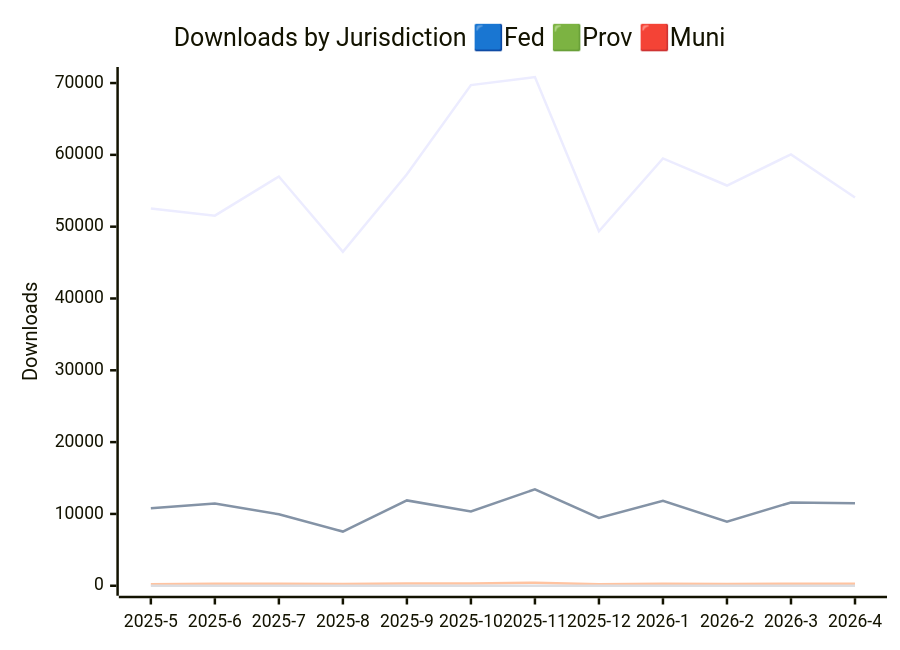
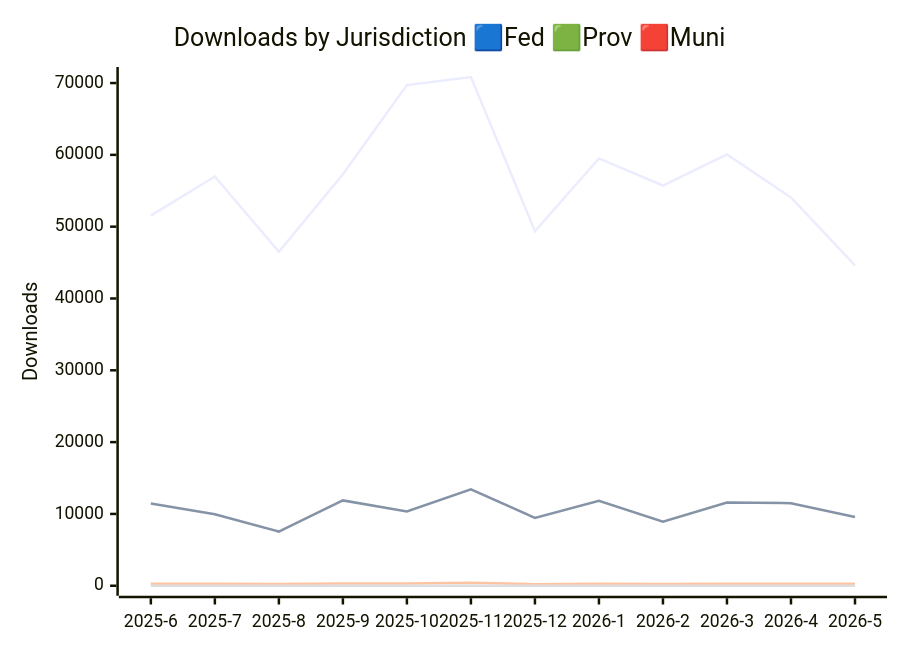
One commit to PatLittle/analytics-corporate-reporting changed the first of 3 diagrams in JURISDICTION_ANALYTICS_REPORT/readme.md. Above: the diagram before and after it, drawn with Mermaid. The commit also changed other lines of this file and 3 other files, not shown here.

````diff
--- a/JURISDICTION_ANALYTICS_REPORT/readme.md
+++ b/JURISDICTION_ANALYTICS_REPORT/readme.md
@@ -14,11 +14,11 @@
 ```mermaid
 
 xychart-beta
     title "Downloads by Jurisdiction 🟦Fed 🟩Prov 🟥Muni"
-    x-axis [2025-5, 2025-6, 2025-7, 2025-8, 2025-9, 2025-10, 2025-11, 2025-12, 2026-1, 2026-2, 2026-3, 2026-4]
+    x-axis [2025-6, 2025-7, 2025-8, 2025-9, 2025-10, 2025-11, 2025-12, 2026-1, 2026-2, 2026-3, 2026-4, 2026-5]
     y-axis "Downloads" 0 --> 70841
-    line [52532, 51532, 56986, 46503, 57308, 69709, 70831, 49367, 59503, 55732, 60071, 54074]
-    line [10797, 11453, 9961, 7544, 11883, 10332, 13434, 9454, 11816, 8935, 11601, 11495]
-    line [212, 271, 279, 234, 305, 313, 420, 224, 270, 228, 269, 267]
-    line [0, 0, 0, 0, 0, 3, 2, 17, 6, 2, 12, 1]
+    line [51532, 56986, 46503, 57308, 69709, 70831, 49367, 59503, 55732, 60071, 54074, 44604]
+    line [11453, 9961, 7544, 11883, 10332, 13434, 9454, 11816, 8935, 11601, 11495, 9580]
+    line [271, 279, 234, 305, 313, 420, 224, 270, 228, 269, 267, 286]
+    line [0, 0, 0, 0, 3, 2, 17, 6, 2, 12, 1, 6]
 ```
````
